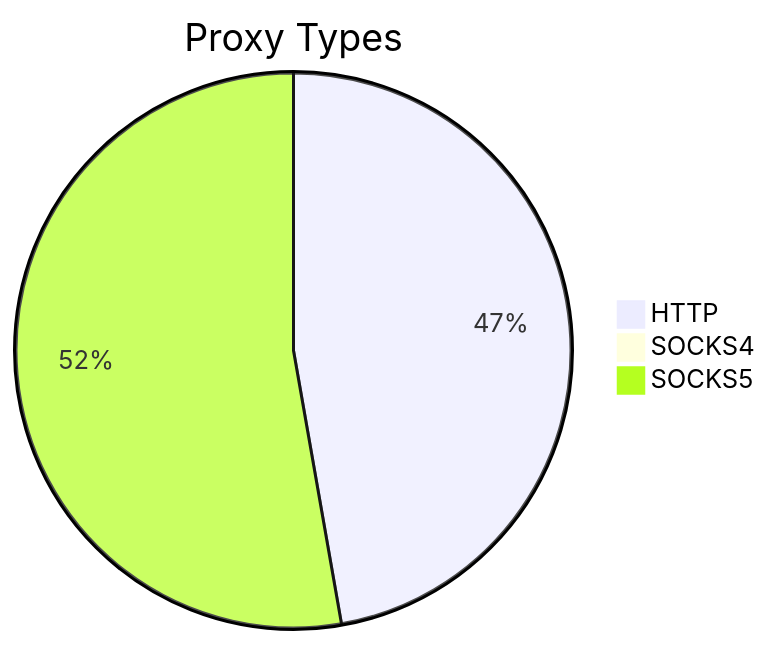
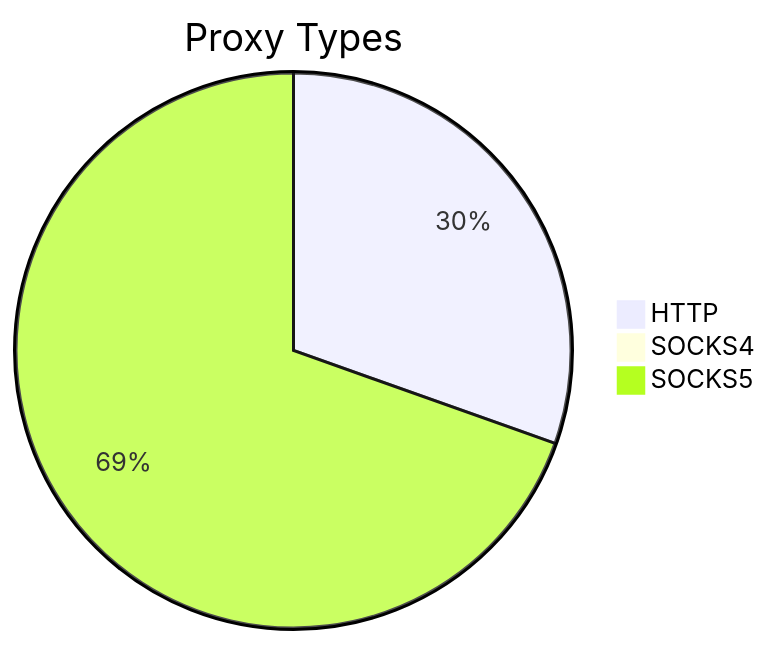
One commit to stormsia/proxy-list changed the first of 2 diagrams in README.md. Above: the diagram before and after it, drawn with Mermaid. The commit also changed other lines of this file, not shown here.

````diff
--- a/README.md
+++ b/README.md
@@ -21,6 +21,6 @@
 ```mermaid
 pie title Proxy Types
-    "HTTP" : 1520
-    "SOCKS4" : 21
-    "SOCKS5" : 1698
+    "HTTP" : 1368
+    "SOCKS4" : 30
+    "SOCKS5" : 3128
 ```
````
